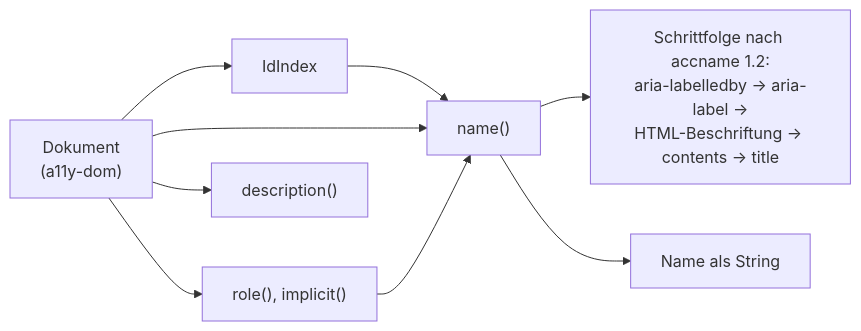
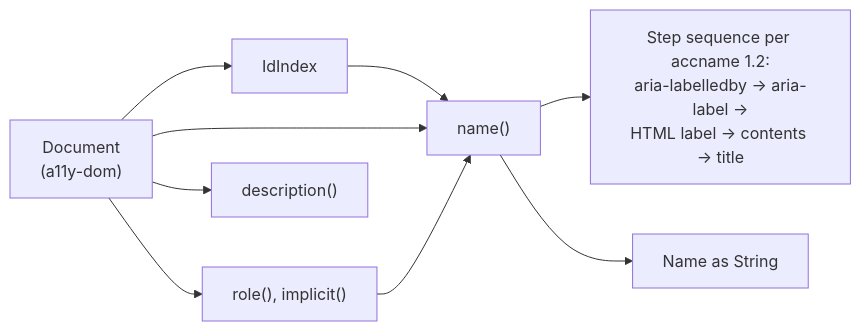
The diagram in docs/packages/accname.md (casoon/barrierlab), drawn with Mermaid before and after one commit. The commit also changed other lines of this file and 25 other files, not shown here.

````diff
--- a/docs/packages/accname.md
+++ b/docs/packages/accname.md
@@ -20,11 +20,11 @@
 ```mermaid
 flowchart LR
-  doc["Dokument\n(a11y-dom)"] --> idx[IdIndex]
+  doc["Document\n(a11y-dom)"] --> idx[IdIndex]
   idx --> nm["name()"]
   doc --> nm
-  nm --> steps["Schrittfolge nach accname 1.2:\naria-labelledby → aria-label →\nHTML-Beschriftung → contents → title"]
+  nm --> steps["Step sequence per accname 1.2:\naria-labelledby → aria-label →\nHTML label → contents → title"]
   doc --> rl["role(), implicit()"]
   rl --> nm
-  nm --> out["Name als String"]
+  nm --> out["Name as String"]
   doc --> ds["description()"]
 ```
````
